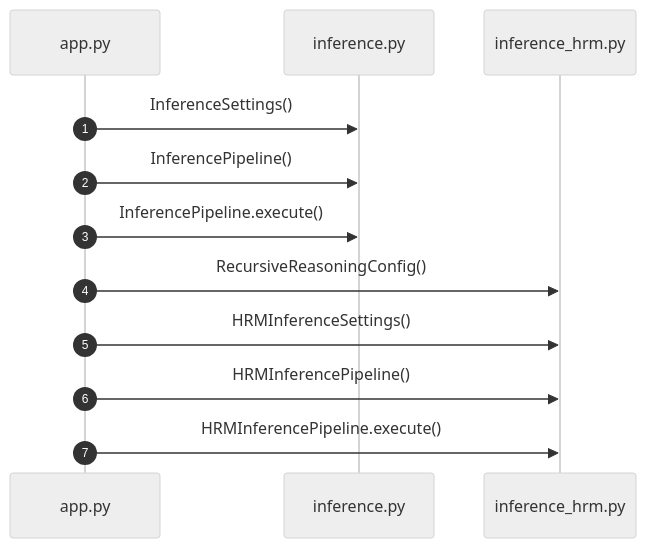
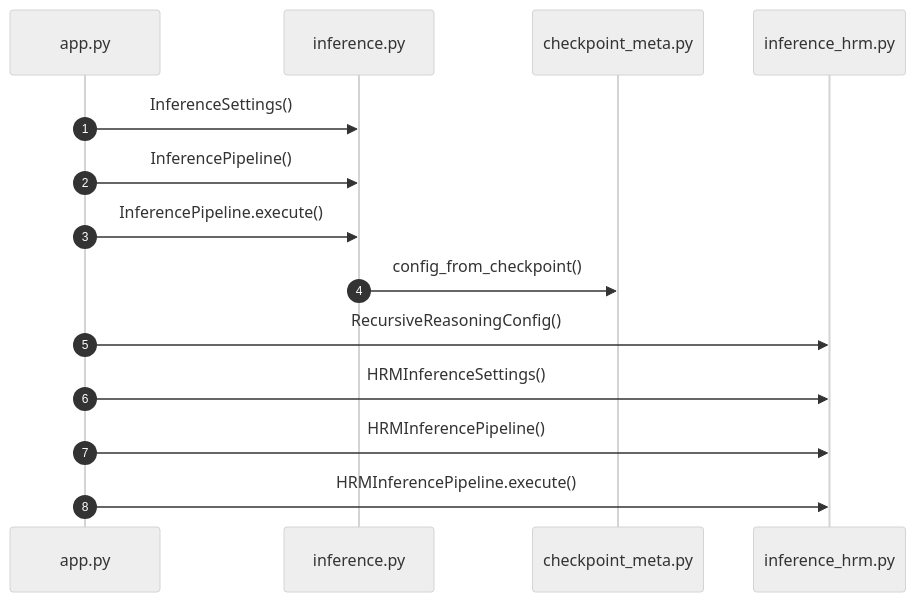
One commit to grisuno/TopoGPT3 changed the seventh of 7 diagrams in readmenator-apidocs/architecture.md. Above: the diagram before and after it, drawn with Mermaid (neutral theme). The commit also changed other lines of this file and 185 other files, not shown here.

````diff
--- a/readmenator-apidocs/architecture.md
+++ b/readmenator-apidocs/architecture.md
@@ -287,14 +288,16 @@
 ```mermaid
 sequenceDiagram
     autonumber
     participant p_app_py as app.py
     participant p_topogpt3_inference_py as inference.py
+    participant p_topogpt3_checkpoint_meta_py as checkpoint_meta.py
     participant p_topogpt3_inference_hrm_py as inference_hrm.py
     p_app_py->>p_topogpt3_inference_py: InferenceSettings()
     p_app_py->>p_topogpt3_inference_py: InferencePipeline()
     p_app_py->>p_topogpt3_inference_py: InferencePipeline.execute()
+    p_topogpt3_inference_py->>p_topogpt3_checkpoint_meta_py: config_from_checkpoint()
     p_app_py->>p_topogpt3_inference_hrm_py: RecursiveReasoningConfig()
     p_app_py->>p_topogpt3_inference_hrm_py: HRMInferenceSettings()
     p_app_py->>p_topogpt3_inference_hrm_py: HRMInferencePipeline()
     p_app_py->>p_topogpt3_inference_hrm_py: HRMInferencePipeline.execute()
 ```
````
